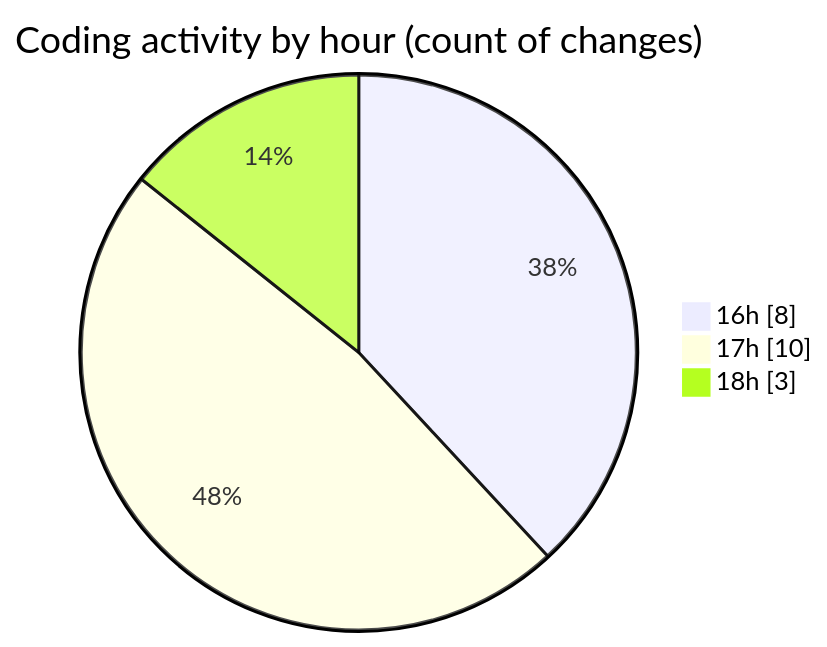
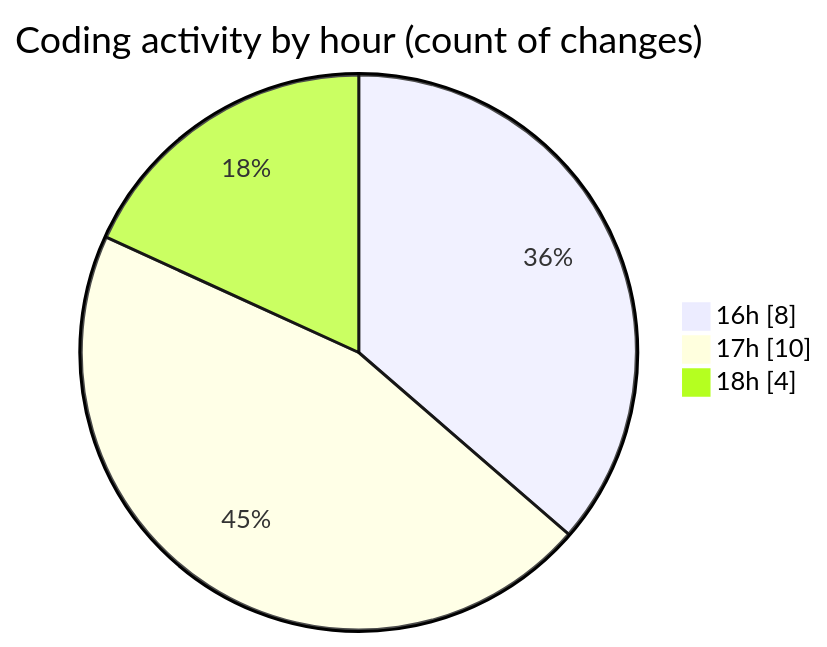
The second of 2 diagrams in 2025-02-06/react_ecom/README.md (Elitesun/code-tracking), drawn with Mermaid before and after one commit. The commit also changed other lines of this file and 1 other file, not shown here.

````diff
--- a/2025-02-06/react_ecom/README.md
+++ b/2025-02-06/react_ecom/README.md
@@ -32,7 +32,7 @@
 ```mermaid
 pie showData
 title Coding activity by hour (count of changes)
 "16h" : 8
 "17h" : 10
-"18h" : 3
+"18h" : 4
 ```
````
